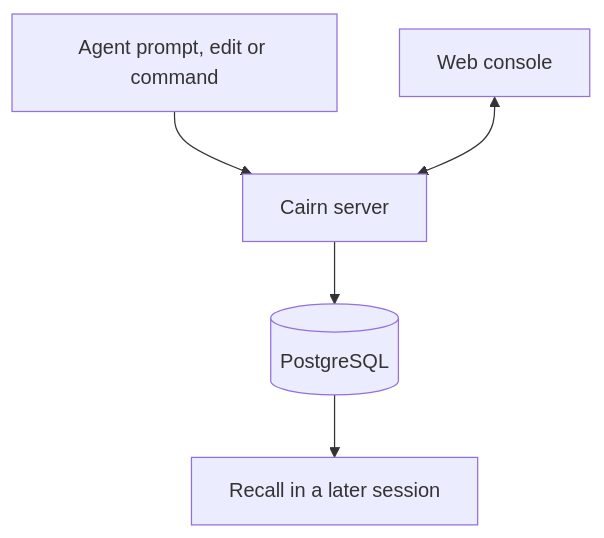
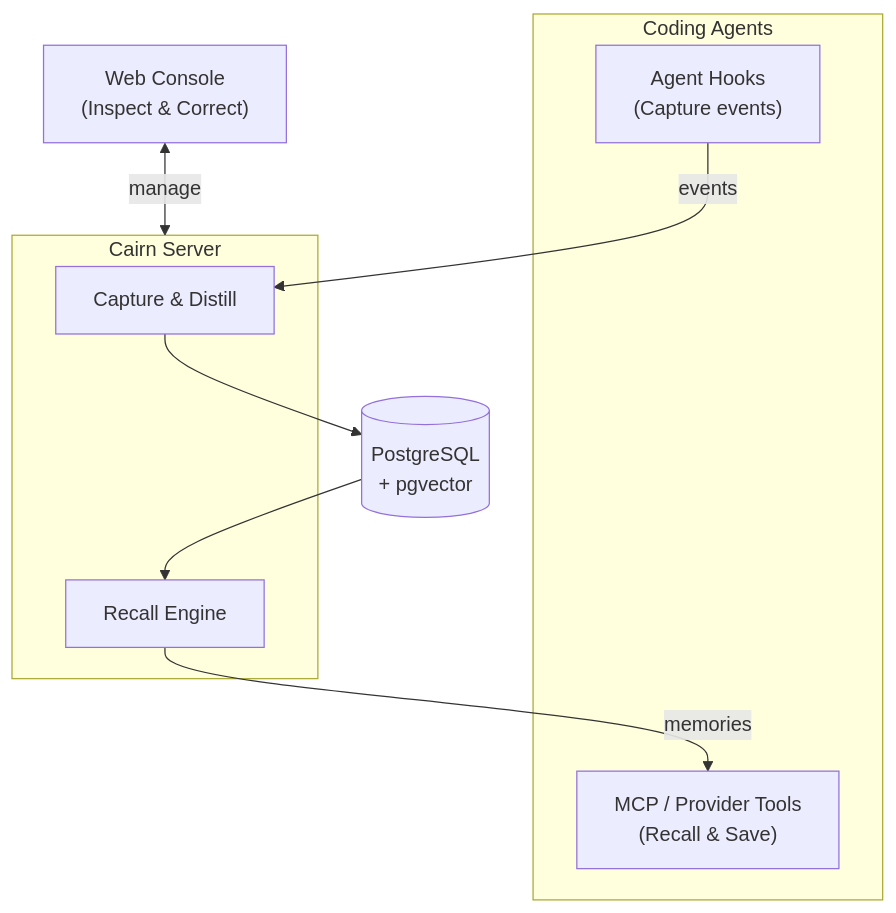
One commit to cunilab/cairn-memory changed the diagram in apps/docs/content/index.mdx. Above: the diagram before and after it, drawn with Mermaid. The commit also changed other lines of this file and 52 other files, not shown here.

````diff
--- a/apps/docs/content/index.mdx
+++ b/apps/docs/content/index.mdx
@@ -10,7 +12,19 @@
 ```mermaid
 flowchart TD
-  Work["Agent prompt, edit or command"] --> Server["Cairn server"]
-  Server --> DB[("PostgreSQL")]
-  DB --> Recall["Recall in a later session"]
-  Console["Web console"] <--> Server
+  subgraph Agents["Coding Agents"]
+    Hook["Agent Hooks\n(Capture events)"]
+    MCP["MCP / Provider Tools\n(Recall & Save)"]
+  end
+  subgraph Cairn["Cairn Server"]
+    Distill["Capture & Distill"]
+    Recall["Recall Engine"]
+  end
+  DB[("PostgreSQL\n+ pgvector")]
+  Console["Web Console\n(Inspect & Correct)"]
+
+  Hook -->|events| Distill
+  Distill --> DB
+  DB --> Recall
+  Recall -->|memories| MCP
+  Console <-->|manage| Cairn
 ```
````
